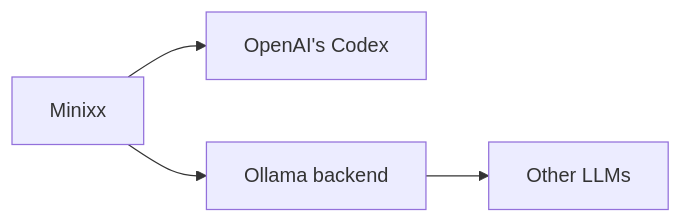
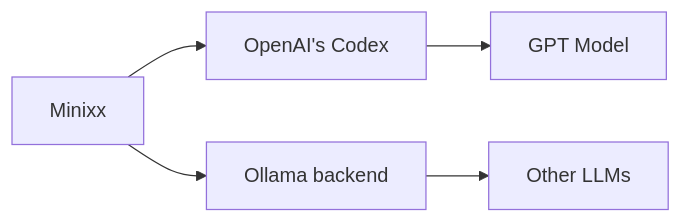
Before and after one commit to mtov/minixx: the first of 2 diagrams in README.md, drawn with Mermaid. The commit also changed other lines of this file, not shown here.

````diff
--- a/README.md
+++ b/README.md
@@ -50,6 +53,7 @@
 ```mermaid
 flowchart LR
     Minixx --> Codex["OpenAI's Codex"]
+    Codex --> GPT["GPT Model"]
     Minixx --> Ollama["Ollama backend"]
     Ollama --> Other["Other LLMs"]
 ```
````
